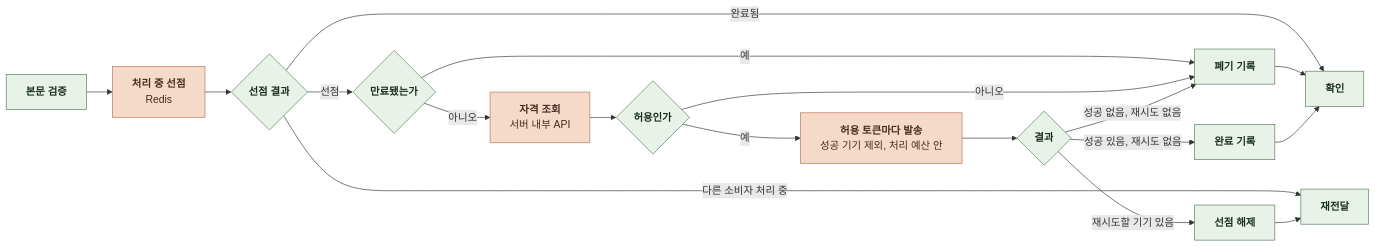
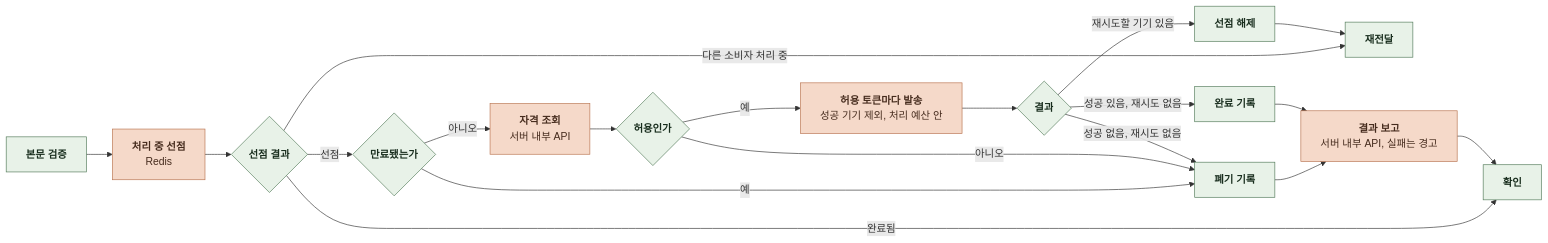
Before and after one commit to KIM-N-KANG/knk-harness: diagram 11 of 20 in docs/domain/NOTIFICATION/BACKEND/4-1-PIPELINES.md, drawn with Mermaid. The commit also changed other lines of this file and 128 other files, not shown here.

````diff
--- a/docs/domain/NOTIFICATION/BACKEND/4-1-PIPELINES.md
+++ b/docs/domain/NOTIFICATION/BACKEND/4-1-PIPELINES.md
@@ -325,28 +351,30 @@
 ```mermaid
 %%{init: {"flowchart": {"curve": "basis", "nodeSpacing": 24, "rankSpacing": 40}}}%%
 flowchart LR
     A["`**본문 검증**`"] --> B["`**처리 중 선점**
 Redis`"]
     B --> C{"`**선점 결과**`"}
     C -->|완료됨| S["`**확인**`"]
     C -->|다른 소비자 처리 중| R["`**재전달**`"]
     C -->|선점| D{"`**만료됐는가**`"}
     D -->|예| E["`**폐기 기록**`"]
     D -->|아니오| F["`**자격 조회**
 서버 내부 API`"]
     F --> G{"`**허용인가**`"}
     G -->|아니오| E
     G -->|예| H["`**허용 토큰마다 발송**
 성공 기기 제외, 처리 예산 안`"]
     H --> I{"`**결과**`"}
     I -->|성공 있음, 재시도 없음| J["`**완료 기록**`"]
     I -->|재시도할 기기 있음| K["`**선점 해제**`"]
     I -->|성공 없음, 재시도 없음| E
-    E --> S
-    J --> S
+    E --> P["`**결과 보고**
+서버 내부 API, 실패는 경고`"]
+    J --> P
+    P --> S
     K --> R
     classDef comp fill:#E8F2E8,stroke:#527A59,color:#182D1D
     classDef task fill:#F5D9C9,stroke:#B97450,color:#452B1D
     class A,C,D,E,G,I,J,K,S,R comp
-    class B,F,H task
+    class B,F,H,P task
 ```
````
